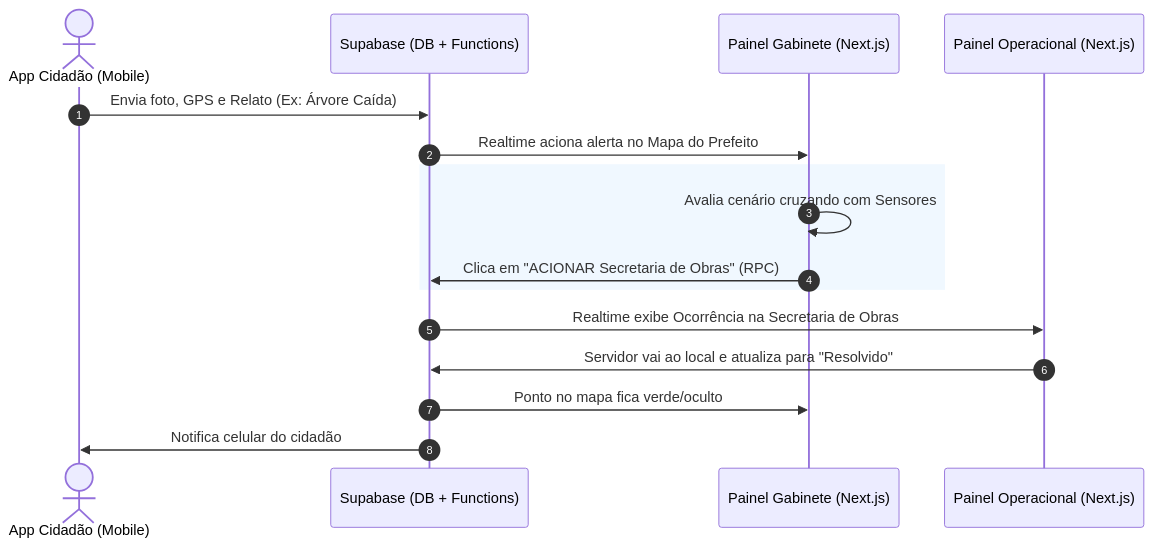
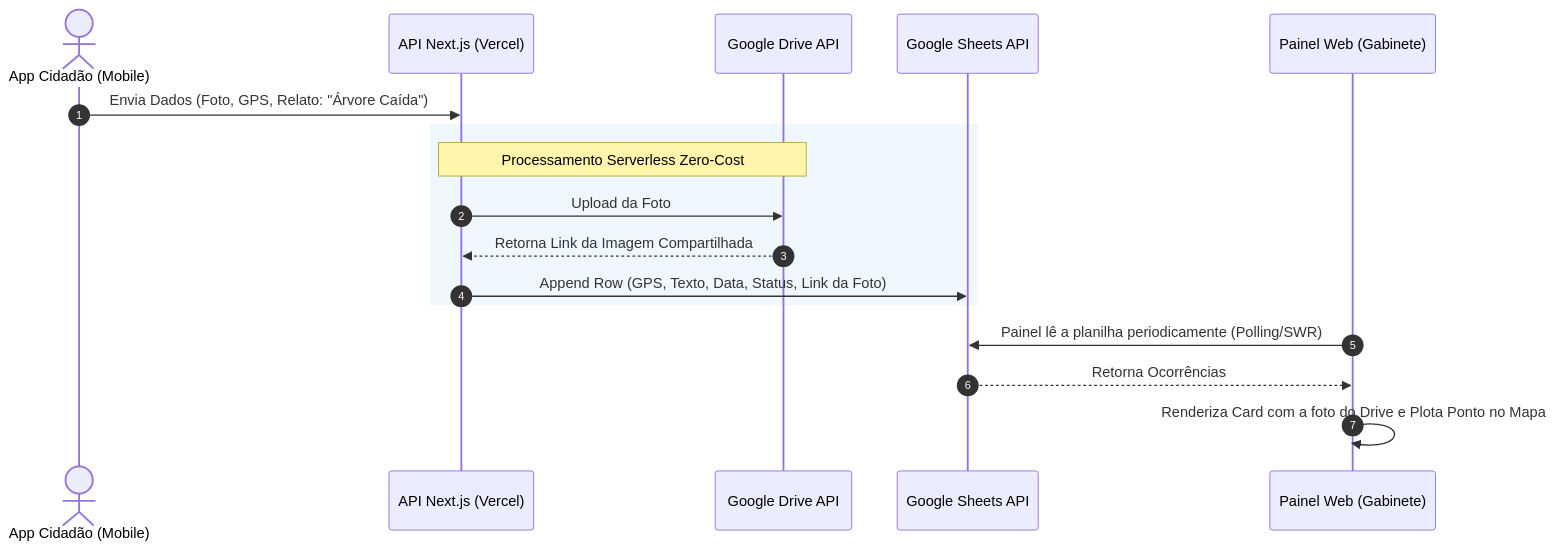
The first of 2 diagrams in Data/Documento_Arquitetura.md (sustentabilidademacacu-code/Sistema_Integrado), drawn with Mermaid before and after one commit. The commit also changed other lines of this file and 11 other files, not shown here.

````diff
--- a/Data/Documento_Arquitetura.md
+++ b/Data/Documento_Arquitetura.md
@@ -41,22 +45,22 @@
 ```mermaid
 sequenceDiagram
     autonumber
     actor POP as App Cidadão (Mobile)
-    participant API as Supabase (DB + Functions)
-    participant GAB as Painel Gabinete (Next.js)
-    participant SEC as Painel Operacional (Next.js)
+    participant NX as API Next.js (Vercel)
+    participant GDRIVE as Google Drive API
+    participant GSHEET as Google Sheets API
+    participant GAB as Painel Web (Gabinete)
 
-    POP->>API: Envia foto, GPS e Relato (Ex: Árvore Caída)
-    API->>GAB: Realtime aciona alerta no Mapa do Prefeito
+    POP->>NX: Envia Dados (Foto, GPS, Relato: "Árvore Caída")
     
     rect rgb(240, 248, 255)
-    GAB->>GAB: Avalia cenário cruzando com Sensores
-    GAB->>API: Clica em "ACIONAR Secretaria de Obras" (RPC)
+    Note over NX,GDRIVE: Processamento Serverless Zero-Cost
+    NX->>GDRIVE: Upload da Foto
+    GDRIVE-->>NX: Retorna Link da Imagem Compartilhada
+    NX->>GSHEET: Append Row (GPS, Texto, Data, Status, Link da Foto)
     end
     
-    API->>SEC: Realtime exibe Ocorrência na Secretaria de Obras
-    SEC->>API: Servidor vai ao local e atualiza para "Resolvido"
-    
-    API->>GAB: Ponto no mapa fica verde/oculto
-    API->>POP: Notifica celular do cidadão
+    GAB->>GSHEET: Painel lê a planilha periodicamente (Polling/SWR)
+    GSHEET-->>GAB: Retorna Ocorrências
+    GAB->>GAB: Renderiza Card com a foto do Drive e Plota Ponto no Mapa
 ```
````
